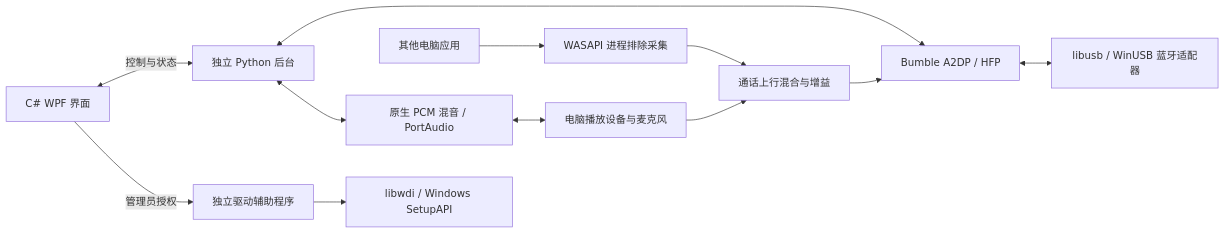
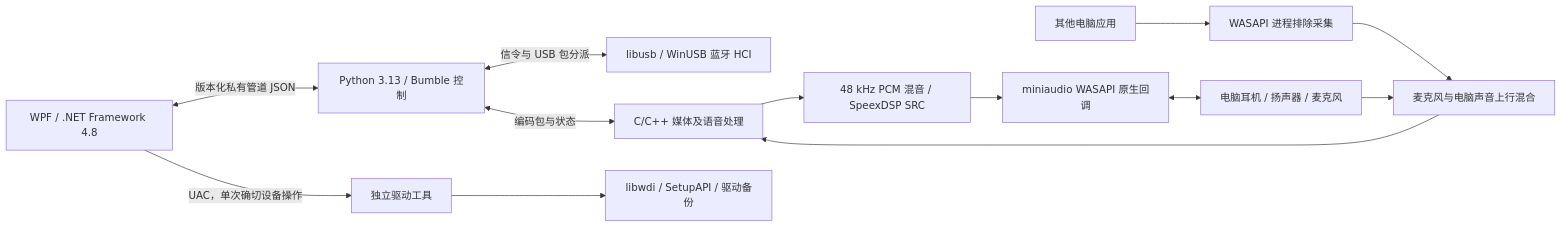
Before and after one commit to tingol666/BlueHead: the diagram in docs/ARCHITECTURE.md, drawn with Mermaid. The commit also changed other lines of this file and 188 other files, not shown here.

Commit message:
Implement 2.0 native audio engine and Bluetooth interoperability candidate

````diff
--- a/docs/ARCHITECTURE.md
+++ b/docs/ARCHITECTURE.md
@@ -5,14 +7,15 @@
 ```mermaid
 flowchart LR
-  UI[C# WPF 界面] <-->|控制与状态| Engine[独立 Python 后台]
-  Engine <--> Bumble[Bumble A2DP / HFP]
-  Bumble <--> USB[libusb / WinUSB 蓝牙适配器]
-  Engine <--> Audio[原生 PCM 混音 / PortAudio]
-  Audio <--> Endpoints[电脑播放设备与麦克风]
-  Other[其他电脑应用] --> Loopback[WASAPI 进程排除采集]
-  Loopback --> Uplink[通话上行混合与增益]
-  Endpoints --> Uplink
-  Uplink --> Bumble
-  UI -->|管理员授权| Helper[独立驱动辅助程序]
-  Helper --> Setup[libwdi / Windows SetupAPI]
+  UI[WPF / .NET Framework 4.8] <-->|版本化私有管道 JSON| Control[Python 3.13 / Bumble 控制]
+  Control <-->|信令与 USB 包分派| USB[libusb / WinUSB 蓝牙 HCI]
+  Control <-->|编码包与状态| Native[C/C++ 媒体及语音处理]
+  Native --> Mix[48 kHz PCM 混音 / SpeexDSP SRC]
+  Mix --> Device[miniaudio WASAPI 原生回调]
+  Device <--> IO[电脑耳机 / 扬声器 / 麦克风]
+  Apps[其他电脑应用] --> Exclude[WASAPI 进程排除采集]
+  Exclude --> Voice[麦克风与电脑声音上行混合]
+  IO --> Voice
+  Voice --> Native
+  UI -->|UAC，单次确切设备操作| Helper[独立驱动工具]
+  Helper --> Setup[libwdi / SetupAPI / 驱动备份]
 ```
````
